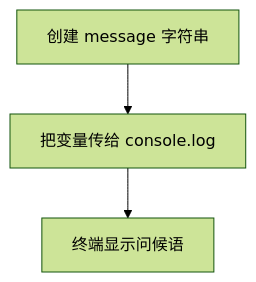
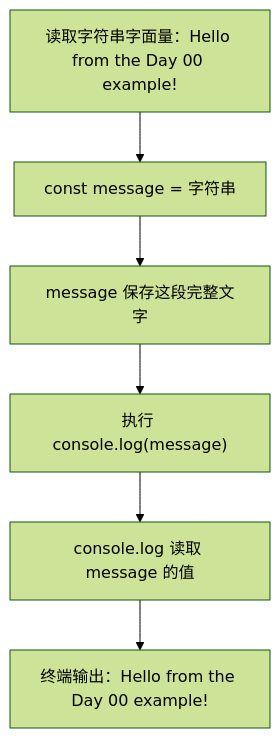
The diagram in beginner/docs/day00/README.md (zoran-sid/Typescript_practice), drawn with Mermaid (forest theme) before and after one commit. The commit also changed other lines of this file and 56 other files, not shown here.

````diff
--- a/beginner/docs/day00/README.md
+++ b/beginner/docs/day00/README.md
@@ -110,6 +110,9 @@
 ```mermaid
 flowchart TD
-  A["创建 message 字符串"] --> B
-  B["把变量传给 console.log"] --> C
-  C["终端显示问候语"]
+  A["读取字符串字面量：Hello from the Day 00 example!"] --> B
+  B["const message = 字符串"] --> C
+  C["message 保存这段完整文字"] --> D
+  D["执行 console.log(message)"] --> E
+  E["console.log 读取 message 的值"] --> F
+  F["终端输出：Hello from the Day 00 example!"]
 ```
````
